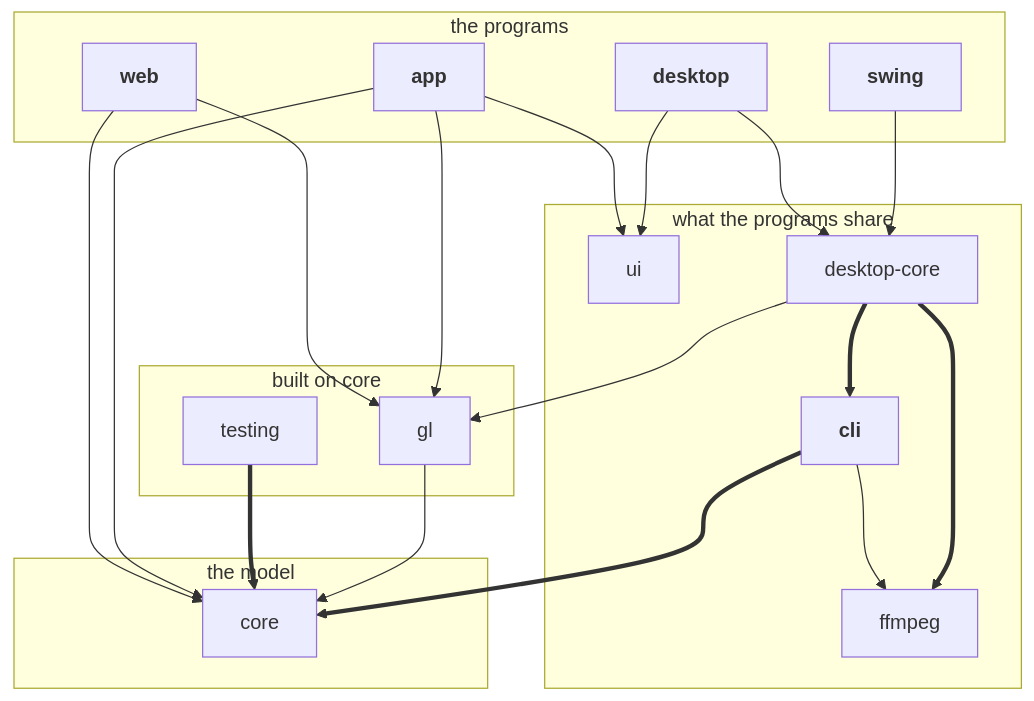
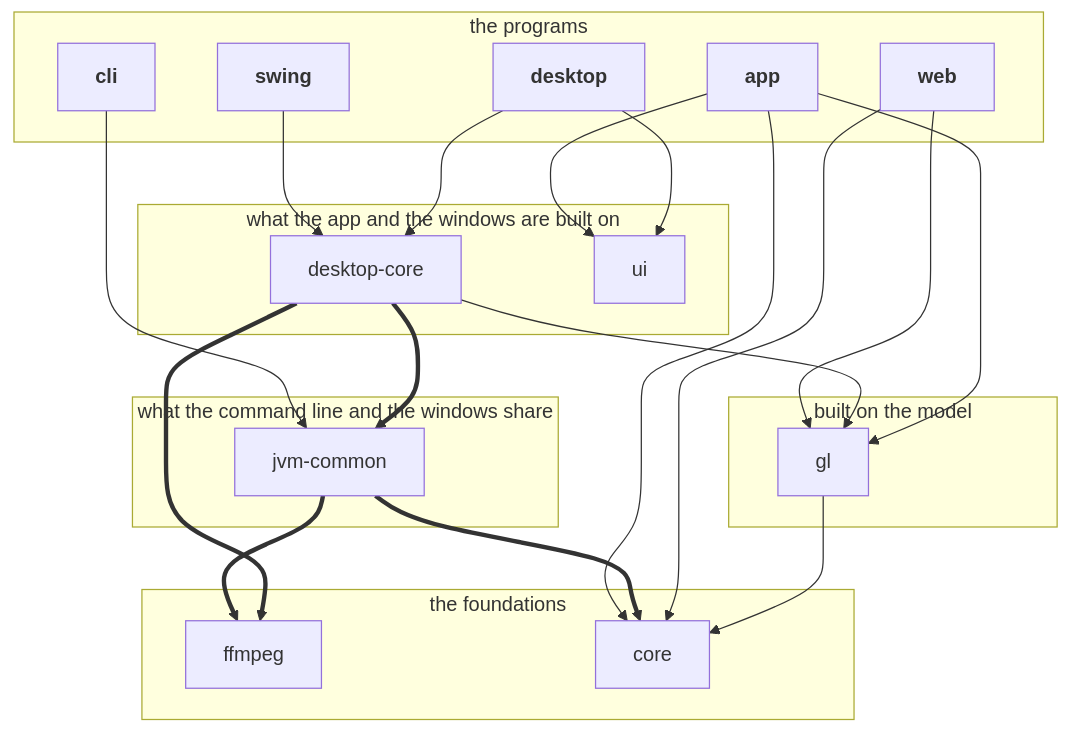
The first of 4 diagrams in docs/developing.md (loplex/sandbox_testing_repo_1), drawn with Mermaid before and after one commit. The commit also changed other lines of this file and 87 other files, not shown here.

````diff
--- a/docs/developing.md
+++ b/docs/developing.md
@@ -95,39 +106,41 @@
 ```mermaid
 graph TD
     subgraph programs [the programs]
+        cli
+        desktop
         app
-        desktop
         swing
         web
     end
-    subgraph shared [what the programs share]
+    subgraph frames [what the app and the windows are built on]
+        desktop-core
         ui
-        desktop-core
-        cli
-        ffmpeg
     end
-    subgraph base [built on core]
-        testing
+    subgraph jvm [what the command line and the windows share]
+        jvm-common
+    end
+    subgraph services [built on the model]
         gl
     end
-    subgraph model [the model]
+    subgraph foundations [the foundations]
+        ffmpeg
         core
     end
-    cli ==> core
+    gl --> core
+    desktop --> ui
     app --> gl
-    gl --> core
+    web --> core
+    desktop --> desktop-core
+    desktop-core ==> ffmpeg
+    jvm-common ==> core
+    app --> ui
+    swing --> desktop-core
+    desktop-core ==> jvm-common
     desktop-core --> gl
-    swing --> desktop-core
-    desktop --> desktop-core
-    testing ==> core
-    desktop-core ==> cli
-    desktop-core ==> ffmpeg
-    cli --> ffmpeg
-    desktop --> ui
     web --> gl
+    cli --> jvm-common
+    jvm-common ==> ffmpeg
     app --> core
-    web --> core
-    app --> ui
     classDef program font-weight:bold
     class app,desktop,swing,web,cli program
 ```
````
